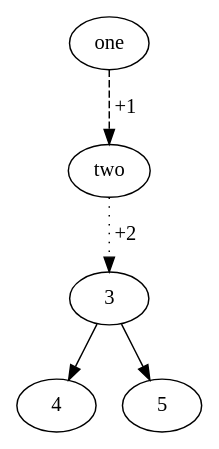
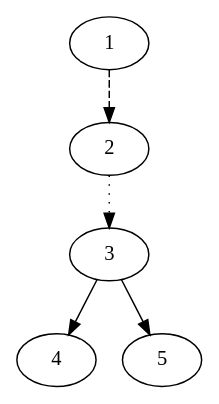
The diagram in org.eclipse.zest.dot.import/resources/styled_graph.dot (BackupTheBerlios/dot4zest), drawn with Graphviz before and after one commit. The commit also changed 3 other files, not shown here.

Commit message:
NEW - bug 277397: [dot4zest] Graphviz import for Zest (https://bugs.eclipse.org/bugs/show_bug.cgi?id=277397); added sample graph summarizing all that is currently supported in the DOT input.

```diff
--- a/org.eclipse.zest.dot.import/resources/styled_graph.dot
+++ b/org.eclipse.zest.dot.import/resources/styled_graph.dot
@@ -1,16 +1,11 @@
 digraph StyledGraph{
-	/* Nodes can have custom labels: */
-	1[label="one"]
-	2[label="two"]
-	/* If they don't, the ID is the label: */
-	3; 4; 5
-	/* Edges can have labels and styles: */
-	1->2[label="+1" style=dashed]
-	2->3[label="+2" style=dotted]
-	/* This is not supported by Graphviz,
-	   (and causes the line to be solid),
-	   but Zest supports dash-dot style,
-	   so we map to that using both: */
+	1; 2; 3; 4; 5
+	/* Edges can have drawing styles: */
+	1->2[style=dashed]
+	2->3[style=dotted]
+	/* Zest supports dash-dot style, so we map to 
+	   that using both (this is not supported by 
+	   Graphviz, which renders the line solid). */
 	3->4[style="dotted dashed"]
 	3->5
 }
```
